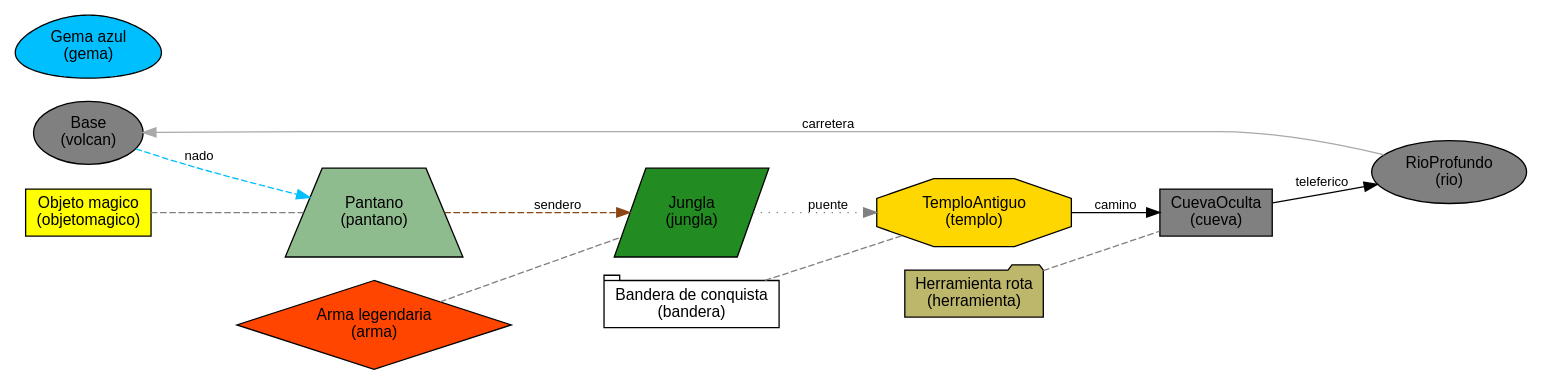
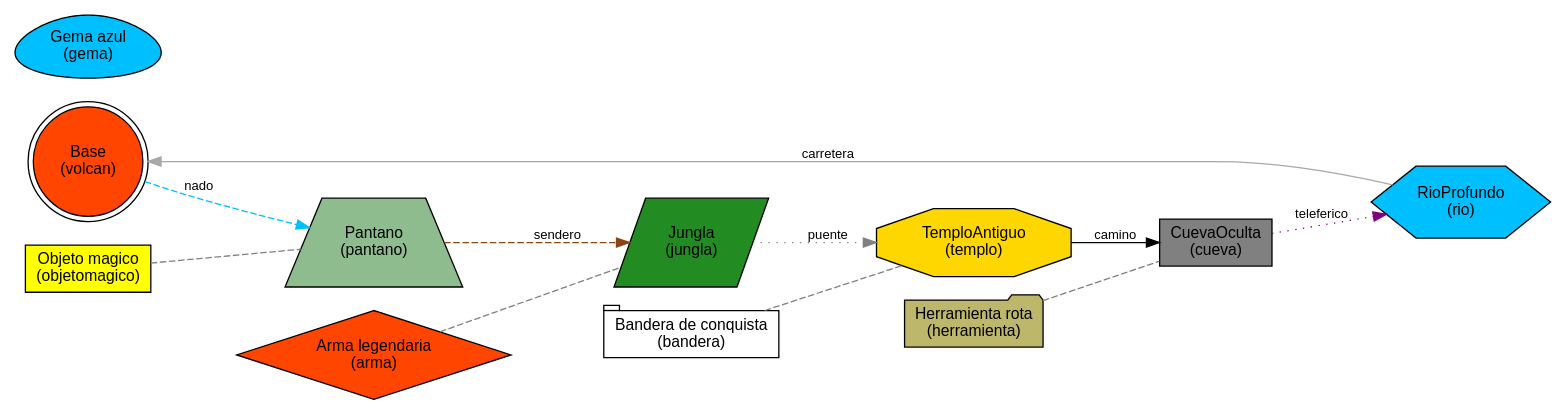
One commit to angelcard132/LFP_202304063_1S2025CURSOCOMPLETO changed the diagram in PROYECTO 2/demo/graph_Expedicion Volcanica.dot. Above: the diagram before and after it, drawn with Graphviz. The commit also changed 12 other files, not shown here.

```diff
--- a/PROYECTO 2/demo/graph_Expedicion Volcanica.dot
+++ b/PROYECTO 2/demo/graph_Expedicion Volcanica.dot
@@ -1,26 +1,26 @@
 digraph "Expedicion Volcanica" {
   rankdir=LR;
   node [fontname="Arial", fontsize=12];
   edge [fontname="Arial", fontsize=10];
-  "Base" [shape=ellipse, fillcolor="gray", style=filled, label="Base\n(volcan)", pos="0,0!"];
+  "Base" [shape=doublecircle, fillcolor="orangered", style=filled, label="Base\n(volcan)", pos="0,4!"];
   "Pantano" [shape=trapezium, fillcolor="darkseagreen", style=filled, label="Pantano\n(pantano)", pos="1,2!"];
-  "Jungla" [shape=parallelogram, fillcolor="forestgreen", style=filled, label="Jungla\n(jungla)", pos="2,4!"];
-  "TemploAntiguo" [shape=octagon, fillcolor="gold", style=filled, label="TemploAntiguo\n(templo)", pos="4,3!"];
-  "RioProfundo" [shape=ellipse, fillcolor="gray", style=filled, label="RioProfundo\n(rio)", pos="3,1!"];
-  "CuevaOculta" [shape=box, fillcolor="gray", style=filled, label="CuevaOculta\n(cueva)", pos="5,0!"];
+  "Jungla" [shape=parallelogram, fillcolor="forestgreen", style=filled, label="Jungla\n(jungla)", pos="2,0!"];
+  "TemploAntiguo" [shape=octagon, fillcolor="gold", style=filled, label="TemploAntiguo\n(templo)", pos="4,1!"];
+  "RioProfundo" [shape=hexagon, fillcolor="deepskyblue", style=filled, label="RioProfundo\n(rio)", pos="3,3!"];
+  "CuevaOculta" [shape=box, fillcolor="gray", style=filled, label="CuevaOculta\n(cueva)", pos="5,4!"];
   "Base" -> "Pantano" [label="nado", style=dashed, color="deepskyblue"];
   "Pantano" -> "Jungla" [label="sendero", style=dashed, color="saddlebrown"];
   "Jungla" -> "TemploAntiguo" [label="puente", style=dotted, color="gray"];
   "TemploAntiguo" -> "CuevaOculta" [label="camino", style=solid, color="black"];
   "RioProfundo" -> "Base" [label="carretera", style=solid, color="darkgray"];
-  "CuevaOculta" -> "RioProfundo" [label="teleferico", style=solid, color="black"];
+  "CuevaOculta" -> "RioProfundo" [label="teleferico", style=dotted, color="purple"];
   "obj_Gema_azul" [shape=egg, fillcolor="deepskyblue", style=filled, label="Gema azul\n(gema)"];
   "obj_Arma_legendaria" [shape=diamond, fillcolor="orangered", style=filled, label="Arma legendaria\n(arma)"];
   "obj_Arma_legendaria" -> "Jungla" [style=dashed, dir=none, color=gray];
   "obj_Bandera_de_conquista" [shape=tab, fillcolor="white", style=filled, label="Bandera de conquista\n(bandera)"];
   "obj_Bandera_de_conquista" -> "TemploAntiguo" [style=dashed, dir=none, color=gray];
   "obj_Objeto_magico" [shape=box, fillcolor="yellow", style=filled, label="Objeto magico\n(objetomagico)"];
   "obj_Objeto_magico" -> "Pantano" [style=dashed, dir=none, color=gray];
   "obj_Herramienta_rota" [shape=folder, fillcolor="darkkhaki", style=filled, label="Herramienta rota\n(herramienta)"];
   "obj_Herramienta_rota" -> "CuevaOculta" [style=dashed, dir=none, color=gray];
 }
```
